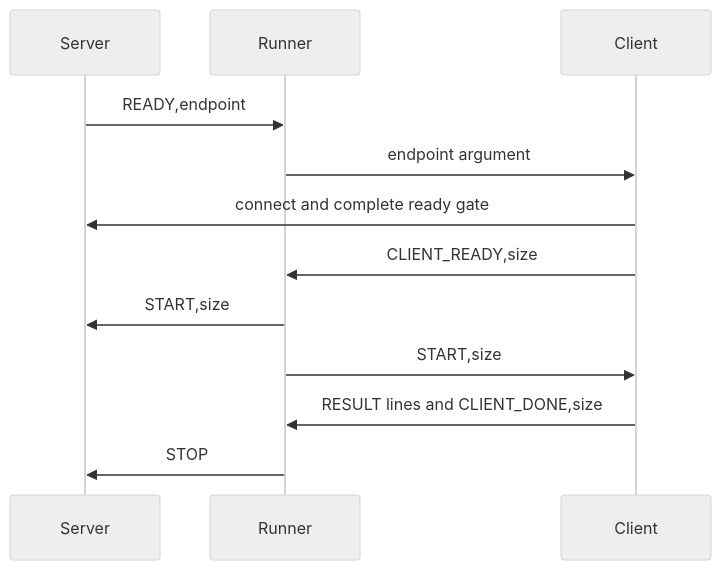
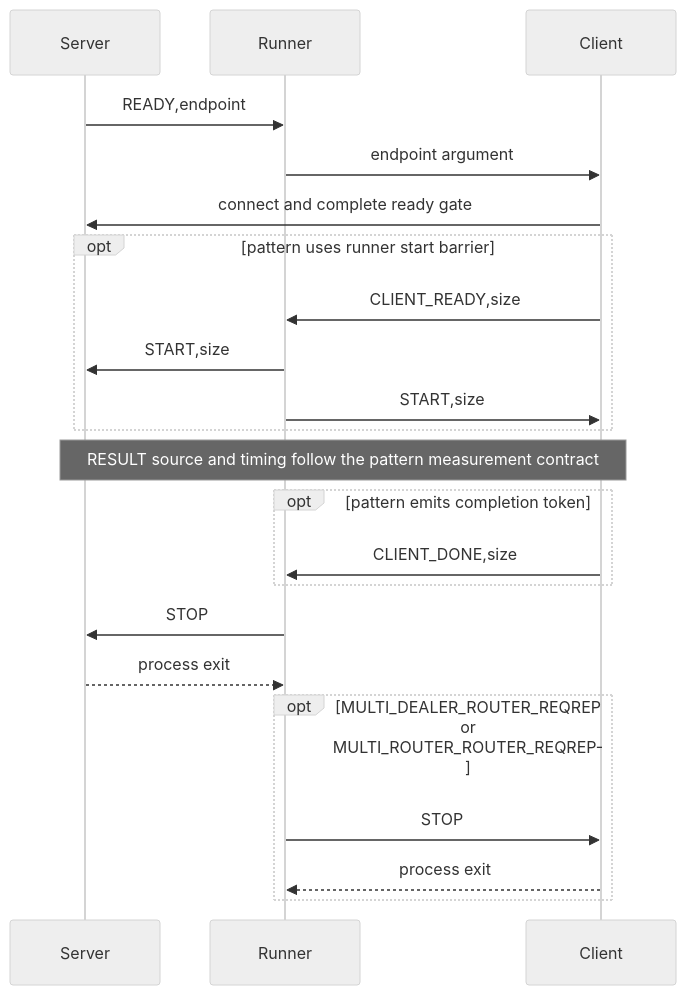
Before and after one commit to zlink-systems/zlink: the diagram in doc/perf/PERF_MULTI_TEST_POLICY.md, drawn with Mermaid (neutral theme). The commit also changed other lines of this file and 4 other files, not shown here.

````diff
--- a/doc/perf/PERF_MULTI_TEST_POLICY.md
+++ b/doc/perf/PERF_MULTI_TEST_POLICY.md
@@ -395,15 +404,25 @@
 ```mermaid
 sequenceDiagram
     participant S as Server
     participant R as Runner
     participant C as Client
 
     S->>R: READY,endpoint
     R->>C: endpoint argument
     C->>S: connect and complete ready gate
-    C->>R: CLIENT_READY,size
-    R->>S: START,size
-    R->>C: START,size
-    C->>R: RESULT lines and CLIENT_DONE,size
+    opt pattern uses runner start barrier
+        C->>R: CLIENT_READY,size
+        R->>S: START,size
+        R->>C: START,size
+    end
+    Note over S,C: RESULT source and timing follow the pattern measurement contract
+    opt pattern emits completion token
+        C->>R: CLIENT_DONE,size
+    end
     R->>S: STOP
+    S-->>R: process exit
+    opt MULTI_DEALER_ROUTER_REQREP or MULTI_ROUTER_ROUTER_REQREP
+        R->>C: STOP
+        C-->>R: process exit
+    end
 ```
````
